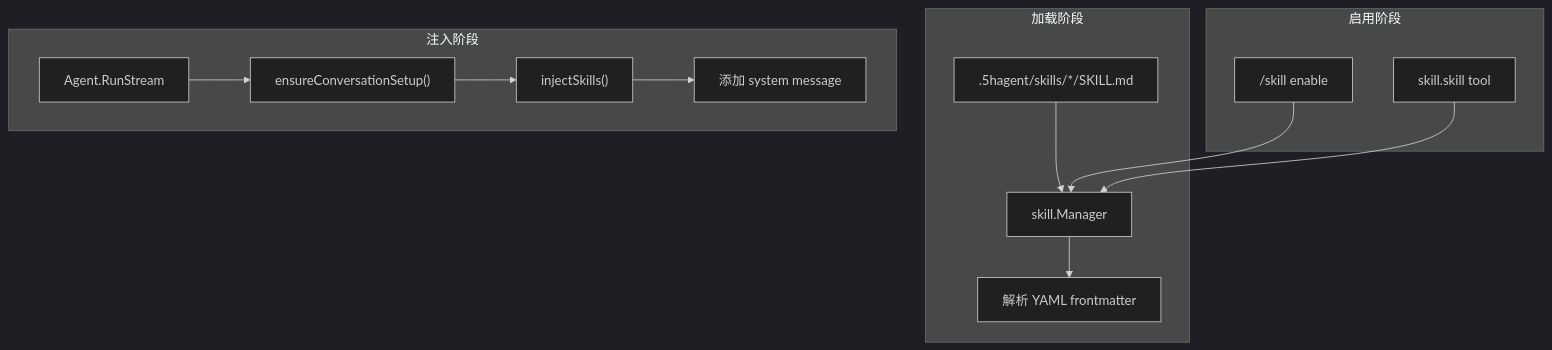
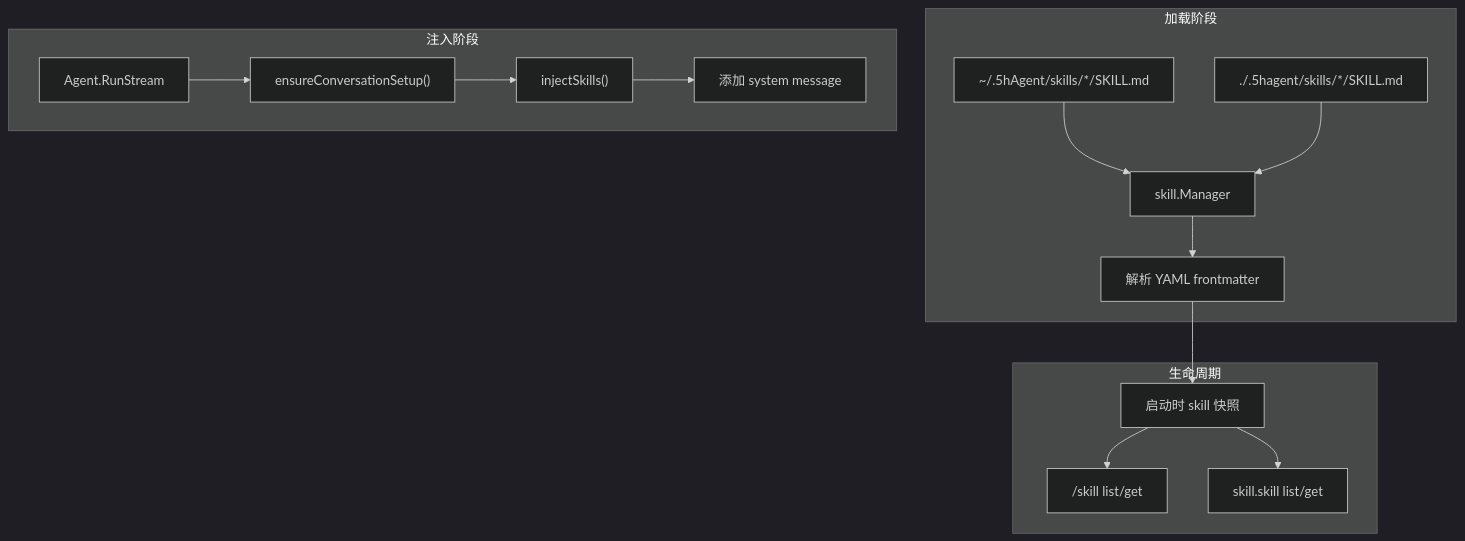
One commit to Ozqi/5hAgent changed the diagram in doc/skill.md. Above: the diagram before and after it, drawn with Mermaid (dark theme). The commit also changed other lines of this file and 11 other files, not shown here.

````diff
--- a/doc/skill.md
+++ b/doc/skill.md
@@ -5,28 +5,32 @@
 ```mermaid
 flowchart TB
     subgraph Load["加载阶段"]
-        dir[".5hagent/skills/*/SKILL.md"]
+        global["~/.5hAgent/skills/*/SKILL.md"]
+        project["./.5hagent/skills/*/SKILL.md"]
         manager["skill.Manager"]
         parse["解析 YAML frontmatter"]
     end
 
-    subgraph Enable["启用阶段"]
-        cmd["/skill enable <name>"]
-        tool["skill.skill tool"]
+    subgraph Frozen["生命周期"]
+        snapshot["启动时 skill 快照"]
+        cmd["/skill list/get"]
+        tool["skill.skill list/get"]
     end
 
     subgraph Inject["注入阶段"]
         agent["Agent.RunStream"]
         setup["ensureConversationSetup()"]
         inject["injectSkills()"]
         msg["添加 system message"]
     end
 
-    dir --> manager
+    global --> manager
+    project --> manager
     manager --> parse
-    cmd --> manager
-    tool --> manager
+    parse --> snapshot
+    snapshot --> cmd
+    snapshot --> tool
     agent --> setup
     setup --> inject
     inject --> msg
 ```
````
